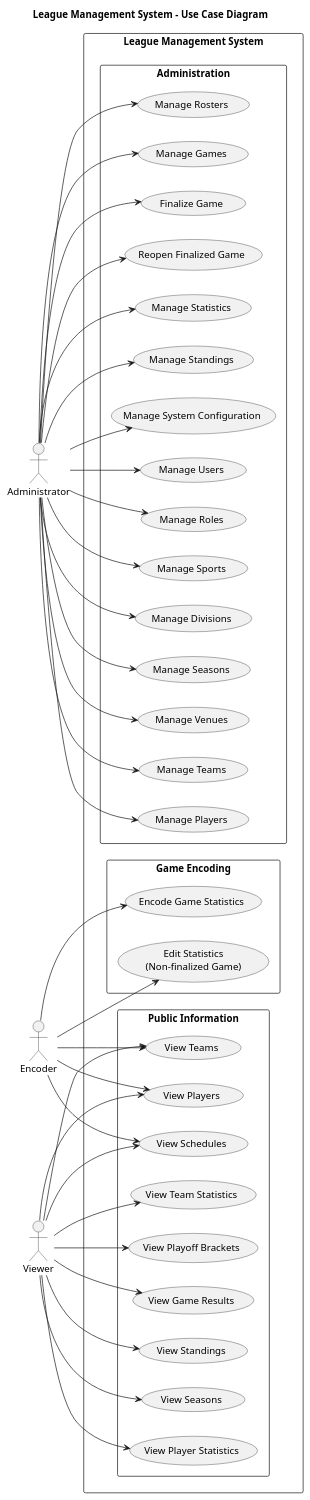
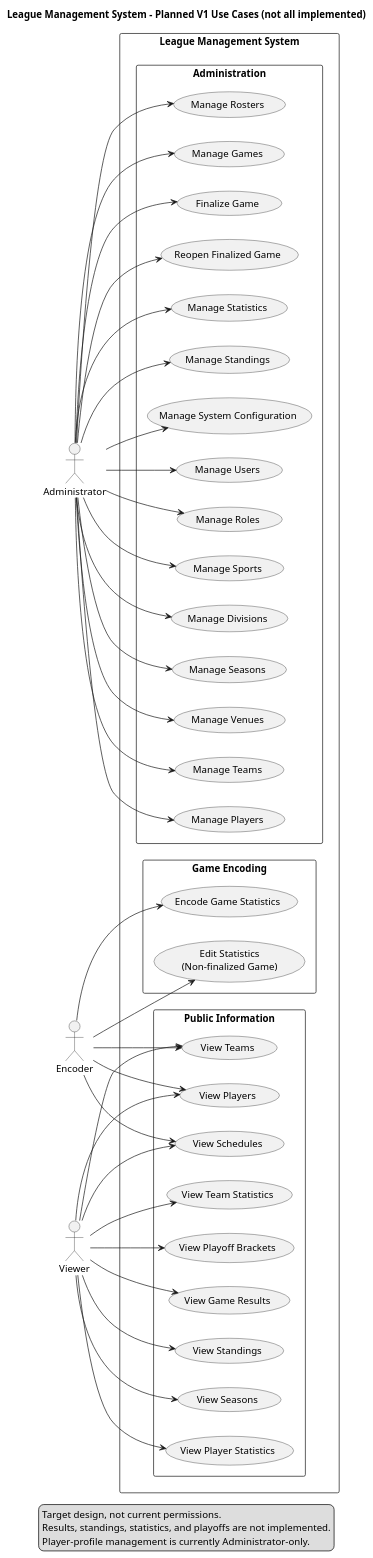
The diagram in docs/diagrams/use-case.puml (inamonanymous/BarangayLeagueSystem), drawn with PlantUML before and after one commit. The commit also changed 86 other files, not shown here.

```diff
--- a/docs/diagrams/use-case.puml
+++ b/docs/diagrams/use-case.puml
@@ -1,89 +1,94 @@
 @startuml
-title League Management System - Use Case Diagram
+title League Management System - Planned V1 Use Cases (not all implemented)
 
 left to right direction
 skinparam packageStyle rectangle
 skinparam shadowing false
+legend bottom
+  Target design, not current permissions.
+  Results, standings, statistics, and playoffs are not implemented.
+  Player-profile management is currently Administrator-only.
+endlegend
 
 actor Administrator
 actor Encoder
 actor Viewer
 
 rectangle "League Management System" {
 
     package "Administration" {
 
         usecase "Manage Users" as UC1
         usecase "Manage Roles" as UC2
         usecase "Manage Sports" as UC3
         usecase "Manage Divisions" as UC4
         usecase "Manage Seasons" as UC5
         usecase "Manage Venues" as UC6
         usecase "Manage Teams" as UC7
         usecase "Manage Players" as UC8
         usecase "Manage Rosters" as UC9
         usecase "Manage Games" as UC10
         usecase "Finalize Game" as UC11
         usecase "Reopen Finalized Game" as UC12
         usecase "Manage Statistics" as UC13
         usecase "Manage Standings" as UC14
         usecase "Manage System Configuration" as UC15
 
     }
 
     package "Game Encoding" {
 
         usecase "Encode Game Statistics" as UC16
         usecase "Edit Statistics\n(Non-finalized Game)" as UC17
 
     }
 
     package "Public Information" {
 
         usecase "View Seasons" as UC18
         usecase "View Teams" as UC19
         usecase "View Players" as UC20
         usecase "View Schedules" as UC21
         usecase "View Game Results" as UC22
         usecase "View Standings" as UC23
         usecase "View Player Statistics" as UC24
         usecase "View Team Statistics" as UC25
         usecase "View Playoff Brackets" as UC26
 
     }
 
 }
 
 Administrator --> UC1
 Administrator --> UC2
 Administrator --> UC3
 Administrator --> UC4
 Administrator --> UC5
 Administrator --> UC6
 Administrator --> UC7
 Administrator --> UC8
 Administrator --> UC9
 Administrator --> UC10
 Administrator --> UC11
 Administrator --> UC12
 Administrator --> UC13
 Administrator --> UC14
 Administrator --> UC15
 
 Encoder --> UC16
 Encoder --> UC17
 Encoder --> UC19
 Encoder --> UC20
 Encoder --> UC21
 
 Viewer --> UC18
 Viewer --> UC19
 Viewer --> UC20
 Viewer --> UC21
 Viewer --> UC22
 Viewer --> UC23
 Viewer --> UC24
 Viewer --> UC25
 Viewer --> UC26
 
 @enduml
```
